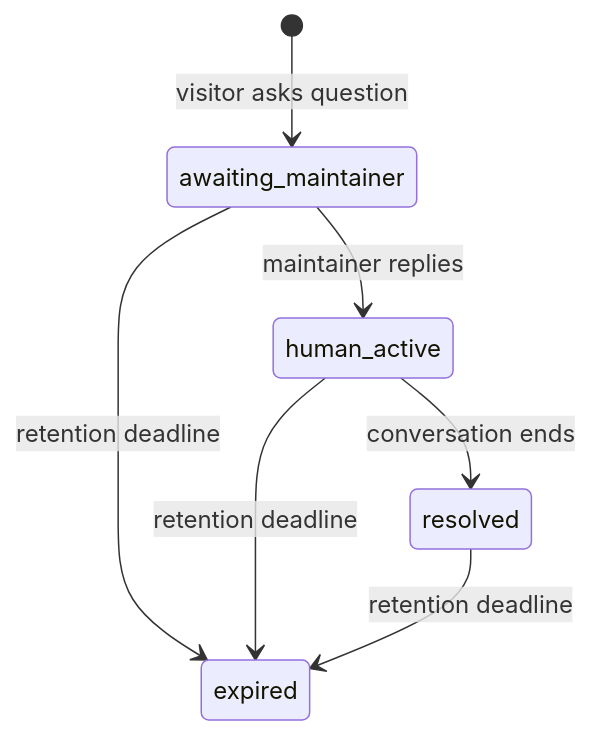
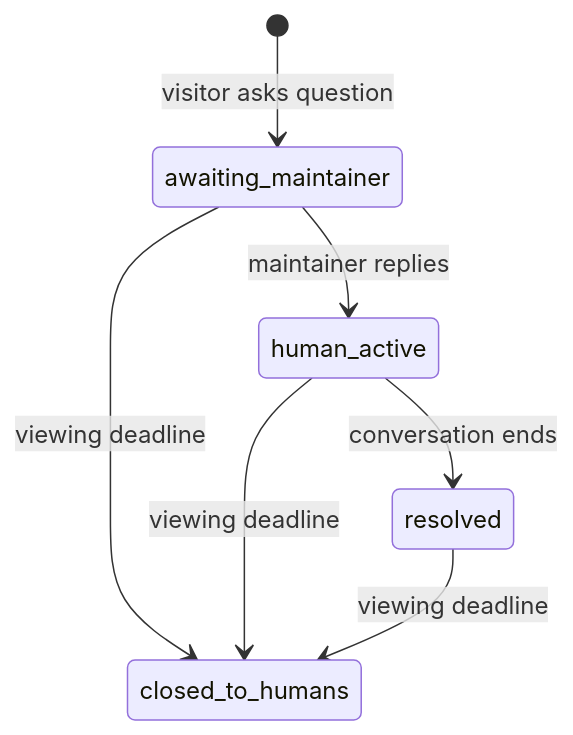
Before and after one commit to mxcl/knock-knock: the second of 2 diagrams in PLAN.md, drawn with Mermaid. The commit also changed other lines of this file and 2 other files, not shown here.

Commit message:
docs: clarify private log retention policy

````diff
--- a/PLAN.md
+++ b/PLAN.md
@@ -249,9 +260,9 @@
 ```mermaid
 stateDiagram-v2
     [*] --> awaiting_maintainer: visitor asks question
     awaiting_maintainer --> human_active: maintainer replies
     human_active --> resolved: conversation ends
-    awaiting_maintainer --> expired: retention deadline
-    human_active --> expired: retention deadline
-    resolved --> expired: retention deadline
+    awaiting_maintainer --> closed_to_humans: viewing deadline
+    human_active --> closed_to_humans: viewing deadline
+    resolved --> closed_to_humans: viewing deadline
 ```
````
